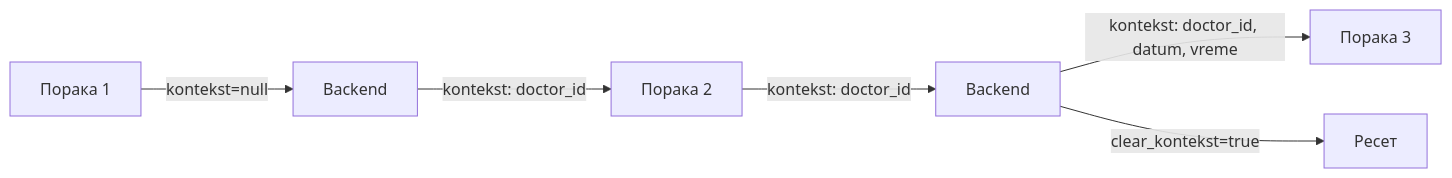
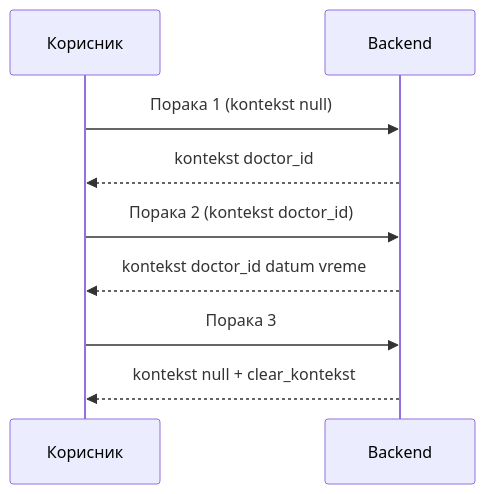
The third of 5 diagrams in docs/frontend/ai-chat-widget.md (eftimovdaniel/Klinicka_Bolnica), drawn with Mermaid before and after one commit.

Commit message:
Ne mi ja poznava promenata

````diff
--- a/docs/frontend/ai-chat-widget.md
+++ b/docs/frontend/ai-chat-widget.md
@@ -312,8 +312,12 @@
 ```mermaid
-flowchart LR
-    Q1["Порака 1"] -->|"kontekst=null"| BE1["Backend"]
-    BE1 -->|"kontekst: doctor_id"| Q2["Порака 2"]
-    Q2 -->|"kontekst: doctor_id"| BE2["Backend"]
-    BE2 -->|"kontekst: doctor_id, datum, vreme"| Q3["Порака 3"]
-    BE2 -->|"clear_kontekst=true"| RESET["Ресет"]
+sequenceDiagram
+    participant U as Корисник
+    participant BE as Backend
+
+    U->>BE: Порака 1 (kontekst null)
+    BE-->>U: kontekst doctor_id
+    U->>BE: Порака 2 (kontekst doctor_id)
+    BE-->>U: kontekst doctor_id datum vreme
+    U->>BE: Порака 3
+    BE-->>U: kontekst null + clear_kontekst
 ```
````
